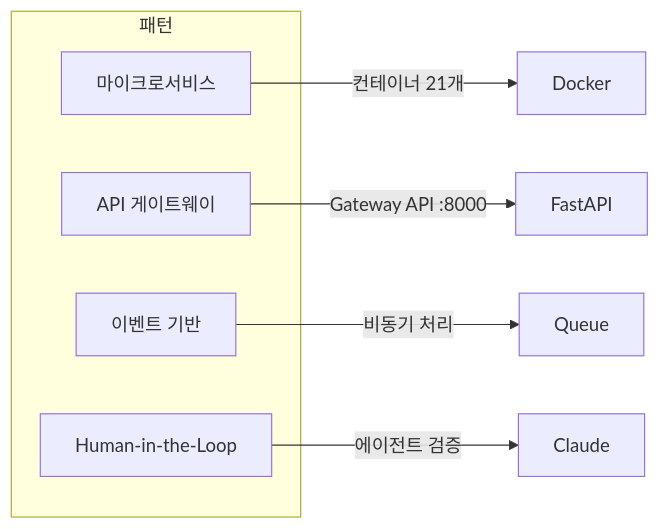
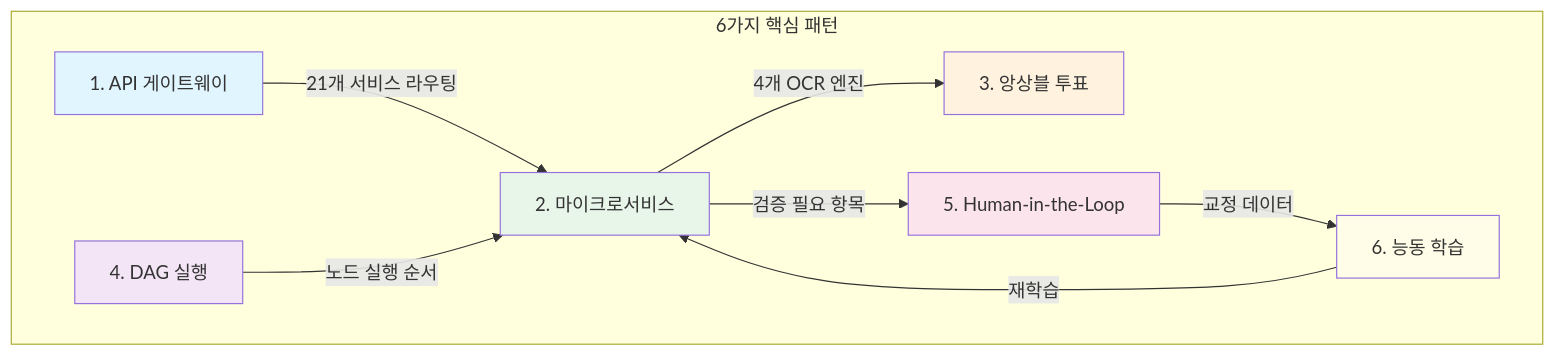
The first of 7 diagrams in docs-site/docs/system-overview/tech-stack.md (uprootai/AX_OCR), drawn with Mermaid before and after one commit. The commit also changed other lines of this file, not shown here.

````diff
--- a/docs-site/docs/system-overview/tech-stack.md
+++ b/docs-site/docs/system-overview/tech-stack.md
@@ -57,14 +61,25 @@
 ```mermaid
-flowchart LR
-    subgraph 패턴
-        MS["마이크로서비스"]
-        GW["API 게이트웨이"]
-        CQRS["이벤트 기반"]
-        HITL["Human-in-the-Loop"]
+flowchart TB
+    subgraph 패턴["6가지 핵심 패턴"]
+        GW["1. API 게이트웨이"]
+        MS["2. 마이크로서비스"]
+        ENS["3. 앙상블 투표"]
+        DAG["4. DAG 실행"]
+        HITL["5. Human-in-the-Loop"]
+        AL["6. 능동 학습"]
     end
 
-    MS --> |"컨테이너 21개"| Docker
-    GW --> |"Gateway API :8000"| FastAPI
-    CQRS --> |"비동기 처리"| Queue
-    HITL --> |"에이전트 검증"| Claude
+    GW -->|"21개 서비스 라우팅"| MS
+    MS -->|"4개 OCR 엔진"| ENS
+    DAG -->|"노드 실행 순서"| MS
+    MS -->|"검증 필요 항목"| HITL
+    HITL -->|"교정 데이터"| AL
+    AL -->|"재학습"| MS
+
+    style GW fill:#e1f5fe
+    style MS fill:#e8f5e9
+    style ENS fill:#fff3e0
+    style DAG fill:#f3e5f5
+    style HITL fill:#fce4ec
+    style AL fill:#fffde7
 ```
````
